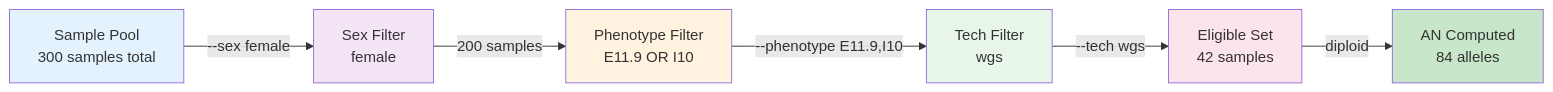
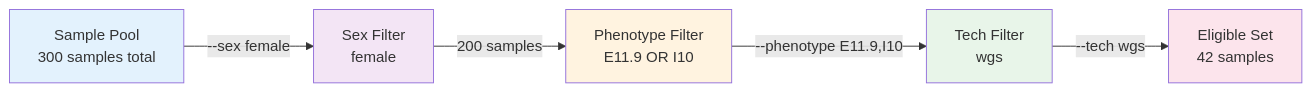
One commit to dlopez-bioinfo/afquery changed the diagram in docs/guides/sample-filtering.md. Above: the diagram before and after it, drawn with Mermaid. The commit also changed other lines of this file and 29 other files, not shown here.

````diff
--- a/docs/guides/sample-filtering.md
+++ b/docs/guides/sample-filtering.md
@@ -23,22 +23,19 @@
 ```mermaid
 graph LR
     A["Sample Pool<br/>300 samples total"]
     B["Sex Filter<br/>female"]
     C["Phenotype Filter<br/>E11.9 OR I10"]
     D["Tech Filter<br/>wgs"]
     E["Eligible Set<br/>42 samples"]
-    F["AN Computed<br/>84 alleles"]
 
     A -->|--sex female| B
     B -->|200 samples| C
     C -->|--phenotype E11.9,I10| D
     D -->|--tech wgs| E
-    E -->|diploid| F
 
     style A fill:#e3f2fd
     style B fill:#f3e5f5
     style C fill:#fff3e0
     style D fill:#e8f5e9
     style E fill:#fce4ec
-    style F fill:#c8e6c9
 ```
````
